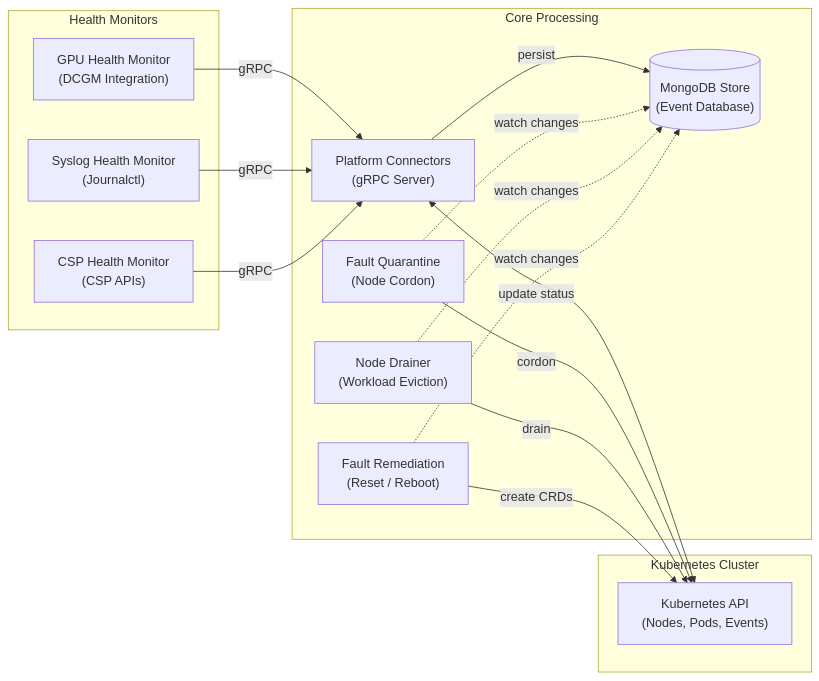
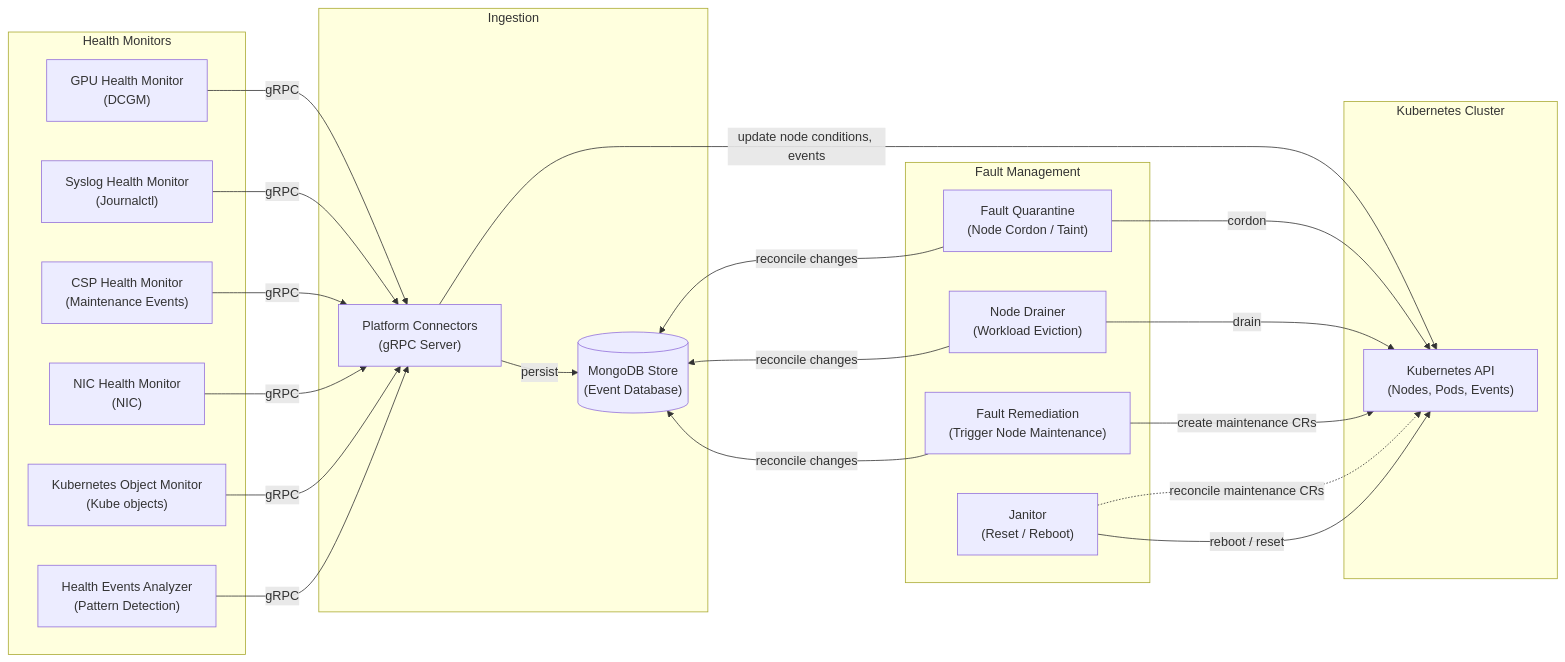
One commit to lalitadithya/NVSentinel changed the diagram in README.md. Above: the diagram before and after it, drawn with Mermaid.

Commit message:
doc: fix mermaid diagram

````diff
--- a/README.md
+++ b/README.md
@@ -137,36 +137,53 @@
 ```mermaid
 graph LR
     subgraph "Health Monitors"
-        GPU["GPU Health Monitor<br/>(DCGM Integration)"]
+        GPU["GPU Health Monitor<br/>(DCGM)"]
         SYS["Syslog Health Monitor<br/>(Journalctl)"]
-        CSP["CSP Health Monitor<br/>(CSP APIs)"]
+        CSP["CSP Health Monitor<br/>(Maintenance Events)"]
+        NIC["NIC Health Monitor<br/>(NIC)"]
+        HEA["Health Events Analyzer<br/>(Pattern Detection)"]
+        KOM["Kubernetes Object Monitor<br/>(Kube objects)"]
     end
 
-    subgraph "Core Processing"
+    subgraph "Ingestion"
         PC["Platform Connectors<br/>(gRPC Server)"]
         STORE[("MongoDB Store<br/>(Event Database)")]
-        FQ["Fault Quarantine<br/>(Node Cordon)"]
+    end
+
+    subgraph "Fault Management"
+        FQ["Fault Quarantine<br/>(Node Cordon / Taint)"]
         ND["Node Drainer<br/>(Workload Eviction)"]
-        FR["Fault Remediation<br/>(Reset / Reboot)"]
+        FR["Fault Remediation<br/>(Trigger Node Maintenance)"]
+        JAN["Janitor<br/>(Reset / Reboot)"]
     end
 
     subgraph "Kubernetes Cluster"
         K8S["Kubernetes API<br/>(Nodes, Pods, Events)"]
     end
 
     GPU -->|gRPC| PC
     SYS -->|gRPC| PC
     CSP -->|gRPC| PC
+    NIC -->|gRPC| PC
+    KOM -->|gRPC| PC
+    HEA -->|gRPC| PC
 
     PC -->|persist| STORE
-    PC <-->|update status| K8S
+    PC -->|update node conditions, events| K8S
+    STORE ~~~ FQ
+    STORE ~~~ ND
+    STORE ~~~ FR
+    STORE ~~~ JAN
 
-    FQ -.->|watch changes| STORE
+    FQ -->|reconcile changes| STORE
     FQ -->|cordon| K8S
 
-    ND -.->|watch changes| STORE
+    ND -->|reconcile changes| STORE
     ND -->|drain| K8S
 
-    FR -.->|watch changes| STORE
-    FR -->|create CRDs| K8S
+    FR -->|reconcile changes| STORE
+    FR -->|create maintenance CRs| K8S
+
+    JAN -.->|reconcile maintenance CRs| K8S
+    JAN -->|reboot / reset| K8S
 ```
````
